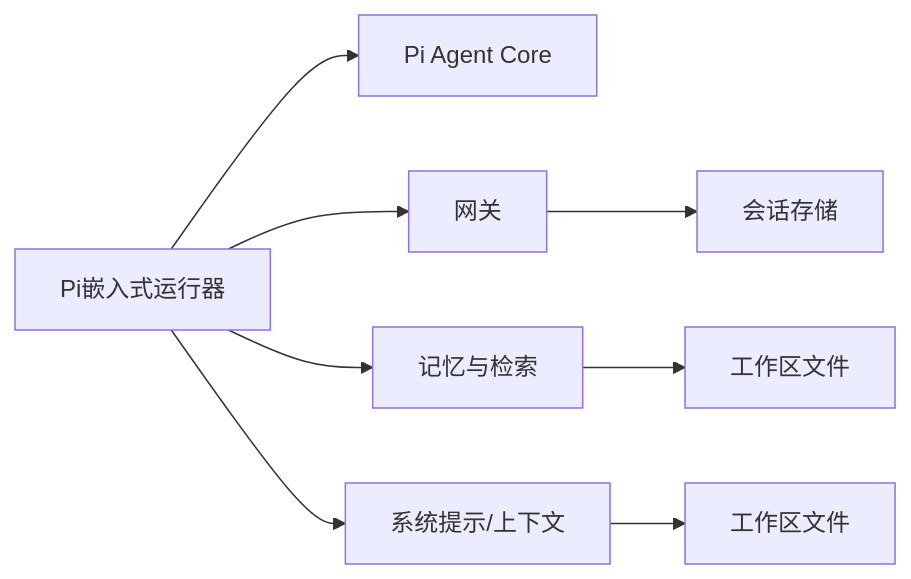
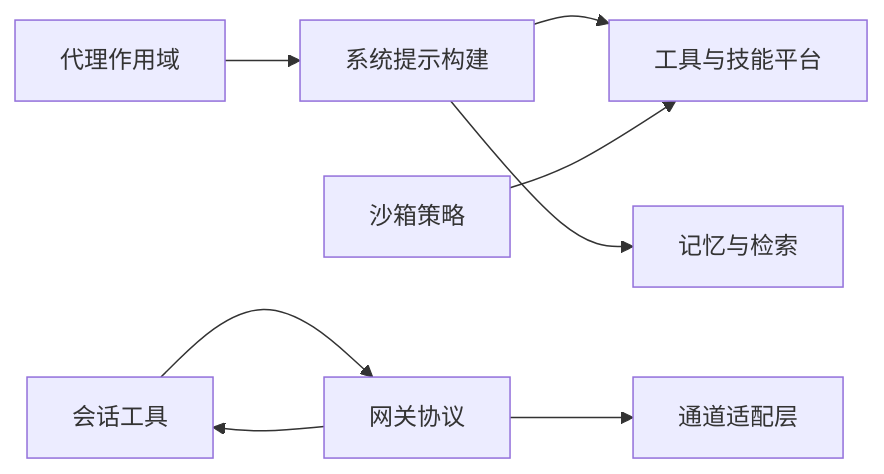
Diagram 11 of 11 in .qoder/repowiki/zh/content/AI代理系统/AI代理系统.md (HACK-WU/openclaw), drawn with Mermaid before and after one commit. The commit also changed other lines of this file and 549 other files, not shown here.

````diff
--- a/.qoder/repowiki/zh/content/AI代理系统/AI代理系统.md
+++ b/.qoder/repowiki/zh/content/AI代理系统/AI代理系统.md
@@ -373,10 +432,10 @@
 ```mermaid
 graph LR
-Runner["Pi嵌入式运行器"] --> Core["Pi Agent Core"]
-Runner --> Gateway["网关"]
-Gateway --> Store["会话存储"]
-Runner --> Memory["记忆与检索"]
-Memory --> FS["工作区文件"]
-Runner --> Ctx["系统提示/上下文"]
-Ctx --> WS["工作区文件"]
+AgentScope["代理作用域"] --> SystemPrompt["系统提示构建"]
+SystemPrompt --> Tools["工具与技能平台"]
+SystemPrompt --> Memory["记忆与检索"]
+Sessions["会话工具"] --> Gateway["网关协议"]
+Gateway --> Channels["通道适配层"]
+Sandbox["沙箱策略"] --> Tools
+Gateway --> Sessions
 ```
````
